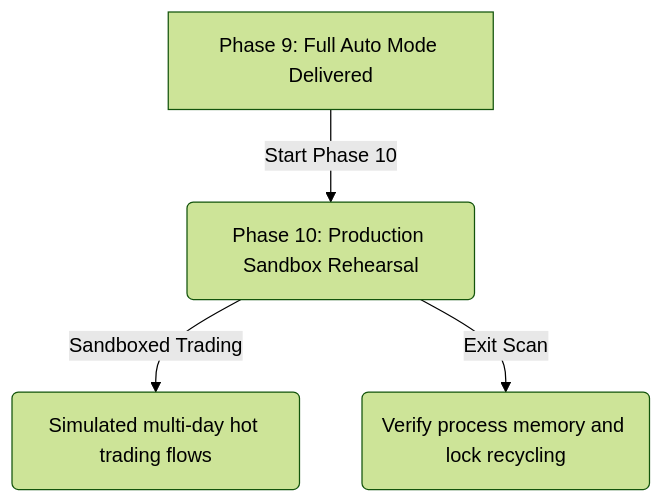
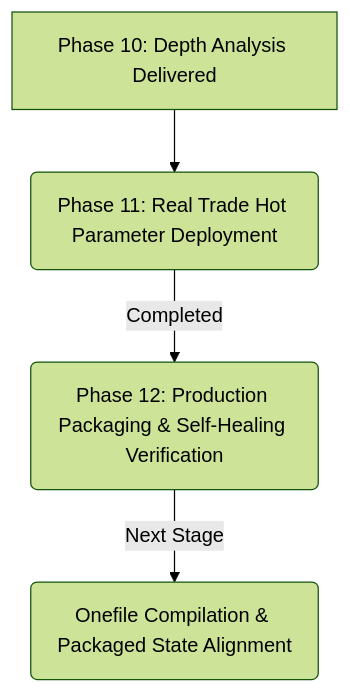
Before and after one commit to johnsonhongyi/pyQuant3: the diagram in stock_standalone/TRADING_KERNEL_PROGRESS.md, drawn with Mermaid (forest theme). The commit also changed other lines of this file and 5 other files, not shown here.

````diff
--- a/stock_standalone/TRADING_KERNEL_PROGRESS.md
+++ b/stock_standalone/TRADING_KERNEL_PROGRESS.md
@@ -86,6 +88,6 @@
 ```mermaid
 graph TD
-    A[Phase 9: Full Auto Mode Delivered] -->|Start Phase 10| B(Phase 10: Production Sandbox Rehearsal)
-    B -->|Sandboxed Trading| B1(Simulated multi-day hot trading flows)
-    B -->|Exit Scan| B2(Verify process memory and lock recycling)
+    A[Phase 10: Depth Analysis Delivered] --> B(Phase 11: Real Trade Hot Parameter Deployment)
+    B -->|Completed| C(Phase 12: Production Packaging & Self-Healing Verification)
+    C -->|Next Stage| C1(Onefile Compilation & Packaged State Alignment)
 ```
````
